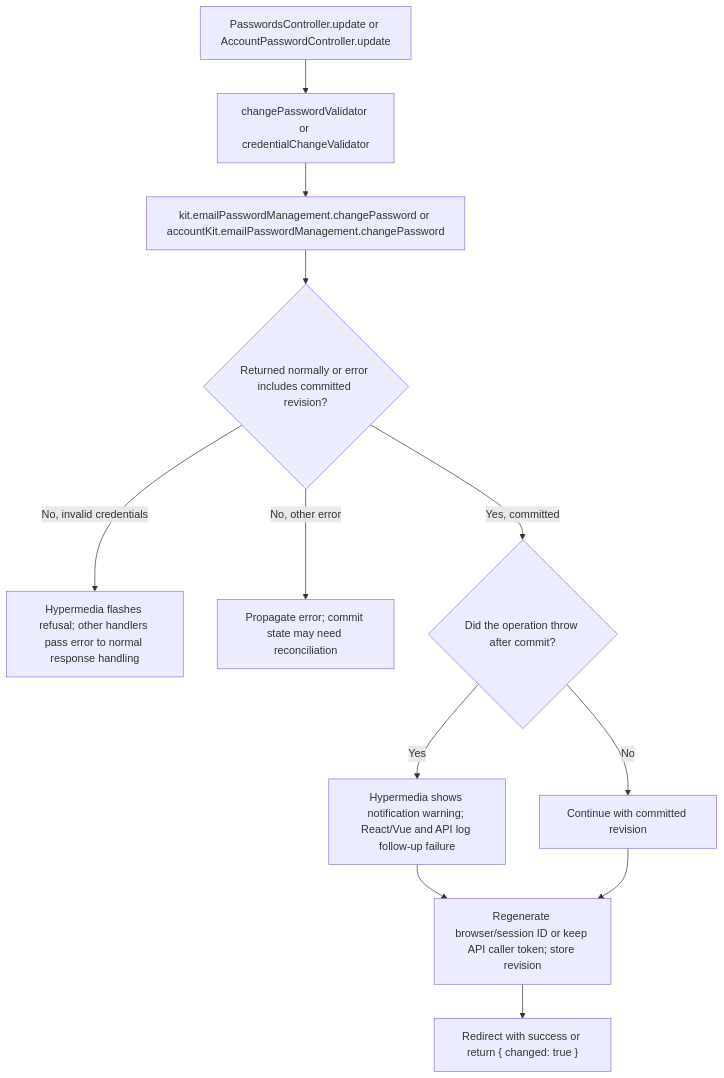
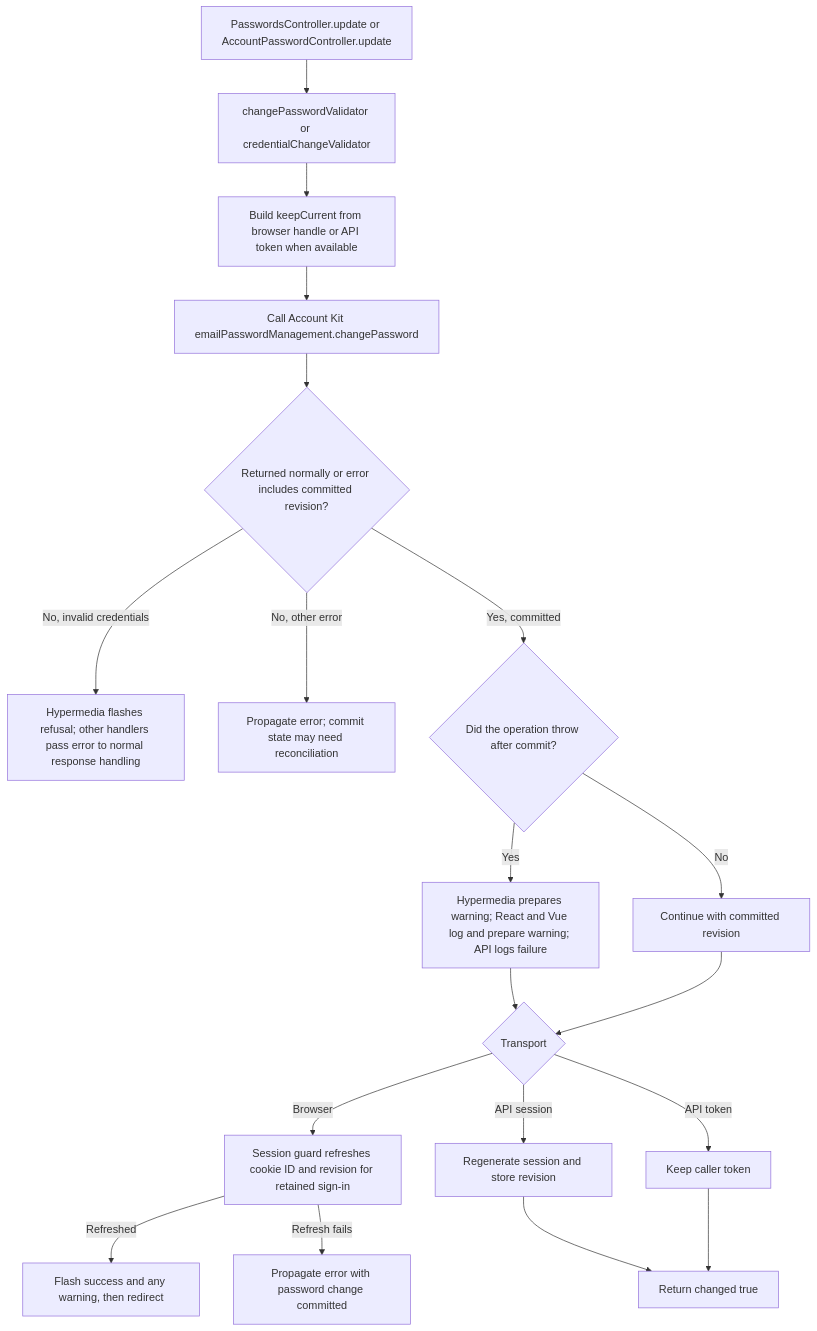
One commit to Kevinjohn/oss-adonisjs-starter-examples changed the second of 2 diagrams in user-stories/accounts/us-account-04-change-password.md. Above: the diagram before and after it, drawn with Mermaid. The commit also changed other lines of this file and 29 other files, not shown here.

````diff
--- a/user-stories/accounts/us-account-04-change-password.md
+++ b/user-stories/accounts/us-account-04-change-password.md
@@ -46,14 +46,21 @@
 ```mermaid
 flowchart TD
     A["PasswordsController.update or AccountPasswordController.update"] --> B["changePasswordValidator or credentialChangeValidator"]
-    B --> C["kit.emailPasswordManagement.changePassword or accountKit.emailPasswordManagement.changePassword"]
+    B --> Q["Build keepCurrent from browser handle or API token when available"]
+    Q --> C["Call Account Kit emailPasswordManagement.changePassword"]
     C --> D{"Returned normally or error includes committed revision?"}
     D -->|No, invalid credentials| E["Hypermedia flashes refusal; other handlers pass error to normal response handling"]
     D -->|No, other error| F["Propagate error; commit state may need reconciliation"]
     D -->|Yes, committed| G{"Did the operation throw after commit?"}
-    G -->|Yes| H["Hypermedia shows notification warning; React/Vue and API log follow-up failure"]
+    G -->|Yes| H["Hypermedia prepares warning; React and Vue log and prepare warning; API logs failure"]
     G -->|No| I["Continue with committed revision"]
-    H --> J["Regenerate browser/session ID or keep API caller token; store revision"]
-    I --> J
-    J --> K["Redirect with success or return { changed: true }"]
+    H --> K{"Transport"}
+    K -->|Browser| B1["Session guard refreshes cookie ID and revision for retained sign-in"]
+    K -->|API session| B2["Regenerate session and store revision"]
+    K -->|API token| B3["Keep caller token"]
+    B1 -->|Refreshed| J["Flash success and any warning, then redirect"]
+    B1 -->|Refresh fails| X["Propagate error with password change committed"]
+    B2 --> R["Return changed true"]
+    B3 --> R
+    I --> K
 ```
````
